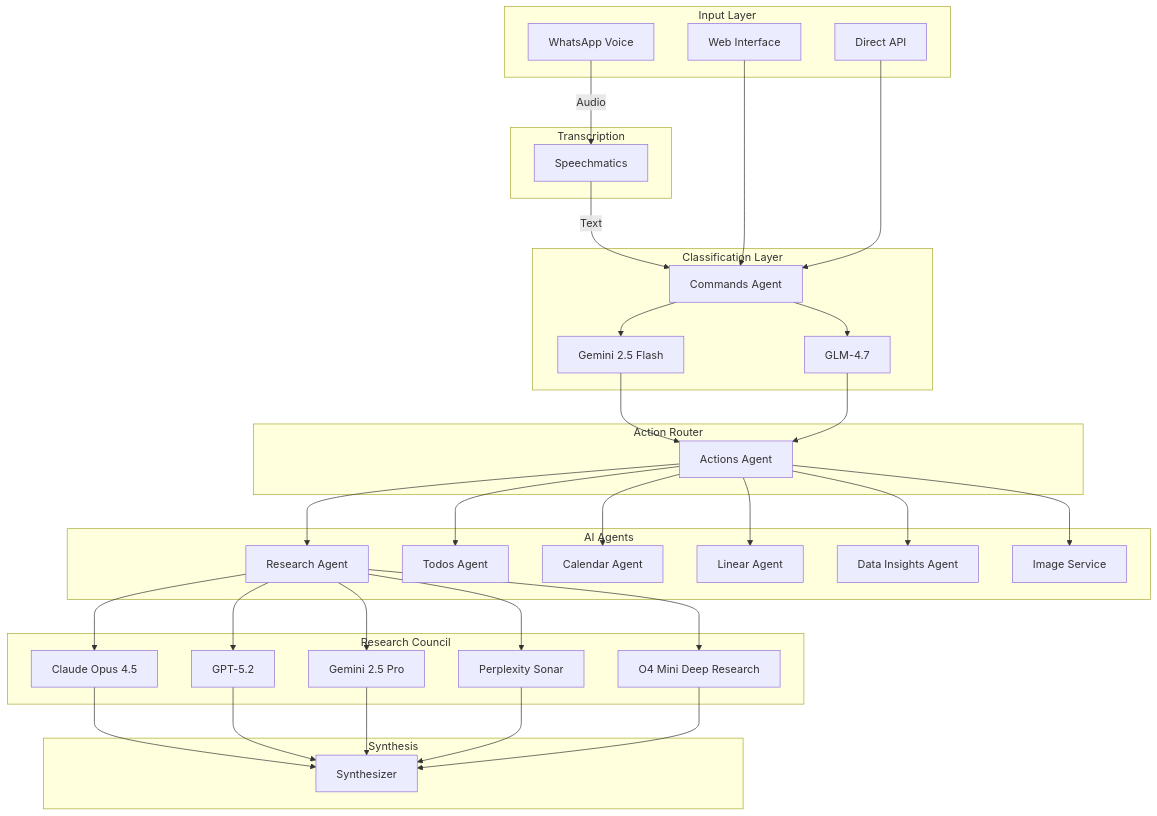
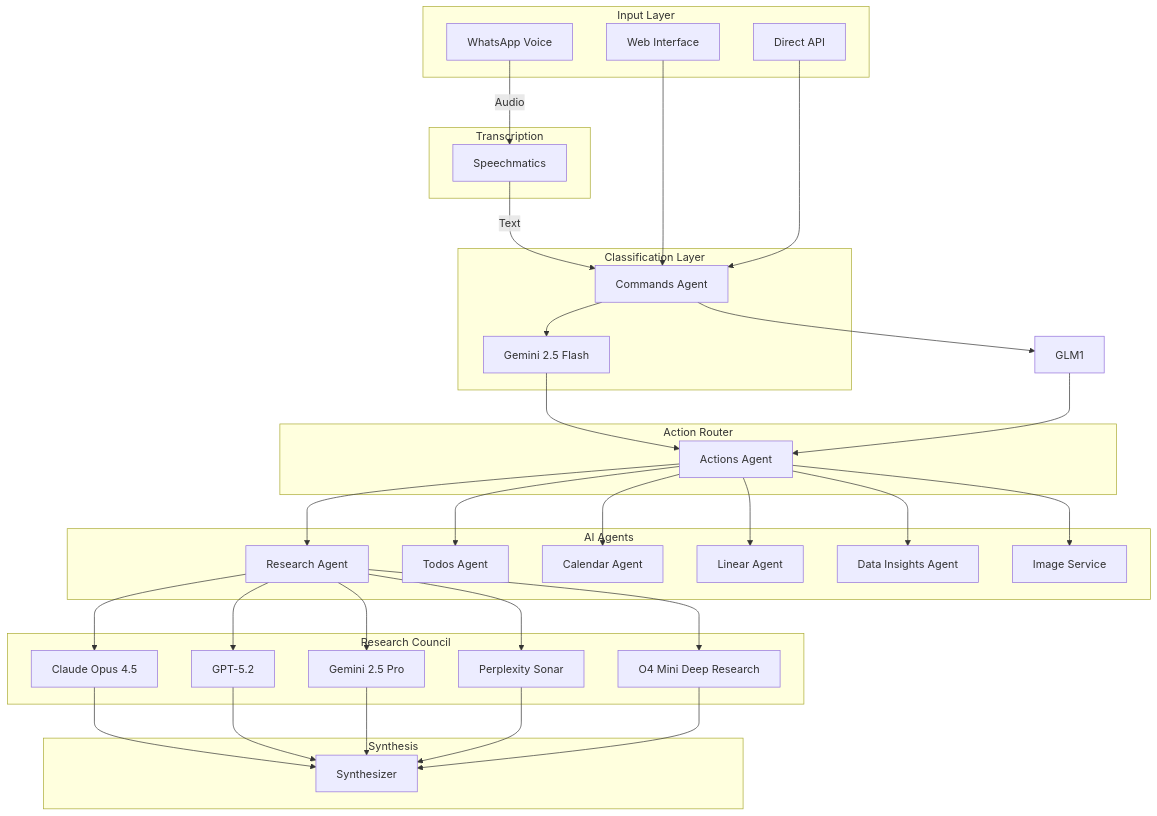
One commit to pbuchman/intexuraos changed the third of 4 diagrams in docs/architecture/ai-architecture.md. Above: the diagram before and after it, drawn with Mermaid. The commit also changed other lines of this file and 125 other files, not shown here.

````diff
--- a/docs/architecture/ai-architecture.md
+++ b/docs/architecture/ai-architecture.md
@@ -234,72 +230,71 @@
 ```mermaid
 graph TB
     subgraph "Input Layer"
         WA[WhatsApp Voice]
         WEB[Web Interface]
         API[Direct API]
     end
 
     subgraph "Transcription"
         SM[Speechmatics]
     end
 
     subgraph "Classification Layer"
         CMD[Commands Agent]
         GEM1[Gemini 2.5 Flash]
-        GLM1[GLM-4.7]
     end
 
     subgraph "Action Router"
         AA[Actions Agent]
     end
 
     subgraph "AI Agents"
         RA[Research Agent]
         TA[Todos Agent]
         CA[Calendar Agent]
         LA[Linear Agent]
         DIA[Data Insights Agent]
         IS[Image Service]
     end
 
     subgraph "Research Council"
         CLAUDE[Claude Opus 4.5]
         GPT[GPT-5.2]
         GEM2[Gemini 2.5 Pro]
         SONAR[Perplexity Sonar]
         O4[O4 Mini Deep Research]
     end
 
     subgraph "Synthesis"
         SYN[Synthesizer]
     end
 
     WA -->|Audio| SM
     SM -->|Text| CMD
     WEB --> CMD
     API --> CMD
 
     CMD --> GEM1
     CMD --> GLM1
     GEM1 --> AA
     GLM1 --> AA
 
     AA --> RA
     AA --> TA
     AA --> CA
     AA --> LA
     AA --> DIA
     AA --> IS
 
     RA --> CLAUDE
     RA --> GPT
     RA --> GEM2
     RA --> SONAR
     RA --> O4
 
     CLAUDE --> SYN
     GPT --> SYN
     GEM2 --> SYN
     SONAR --> SYN
     O4 --> SYN
 ```
````
